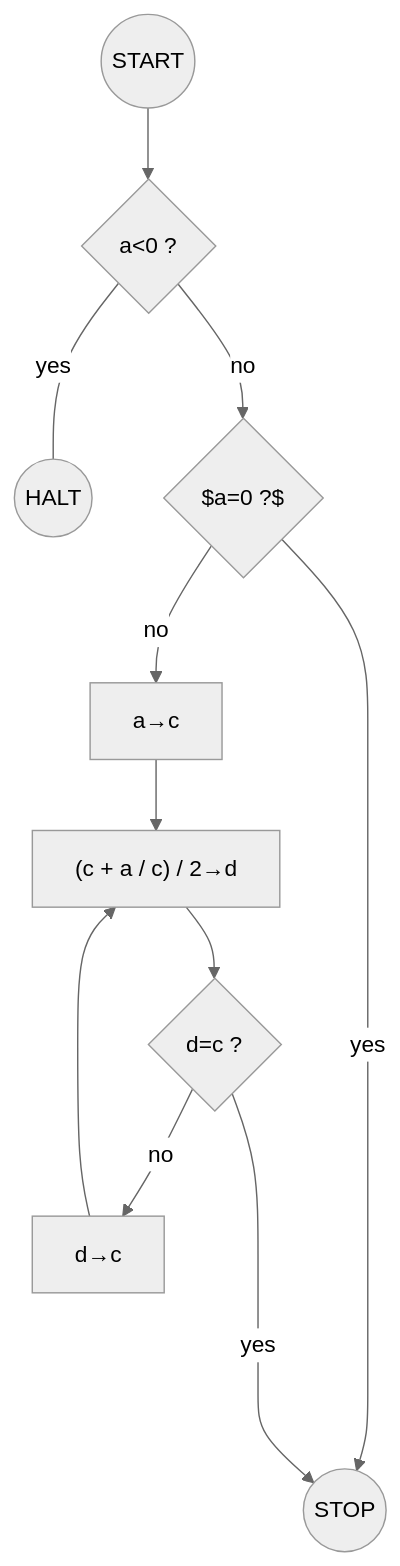
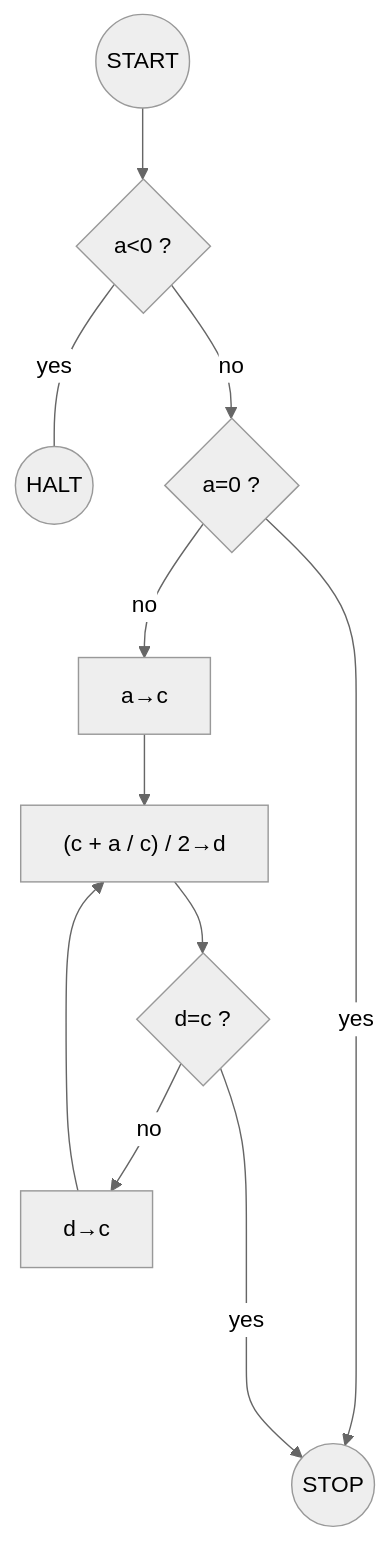
The diagram in sqrt/README.md (Ryuji-Hazama/LegacyVsModern), drawn with Mermaid (neutral theme) before and after one commit.

````diff
--- a/sqrt/README.md
+++ b/sqrt/README.md
@@ -100,14 +100,14 @@
 ```mermaid
 graph TD;
 
 S(("START"))-->A{"a<0 ?"};
 A--"yes"---H(("HALT"));
-A--"no"-->B{"$a=0 ?$"};
+A--"no"-->B{"a=0 ?"};
 B--"yes"-->ST(("STOP"));
 B--"no"-->C["a&rightarrow;c"];
 C-->D["(c + a / c) / 2&rightarrow;d"];
 D-->E{"d=c ?"};
 F["d&rightarrow;c"]-->D;
 E--"no"-->F;
 E--"yes"---->ST;
 ```
````
